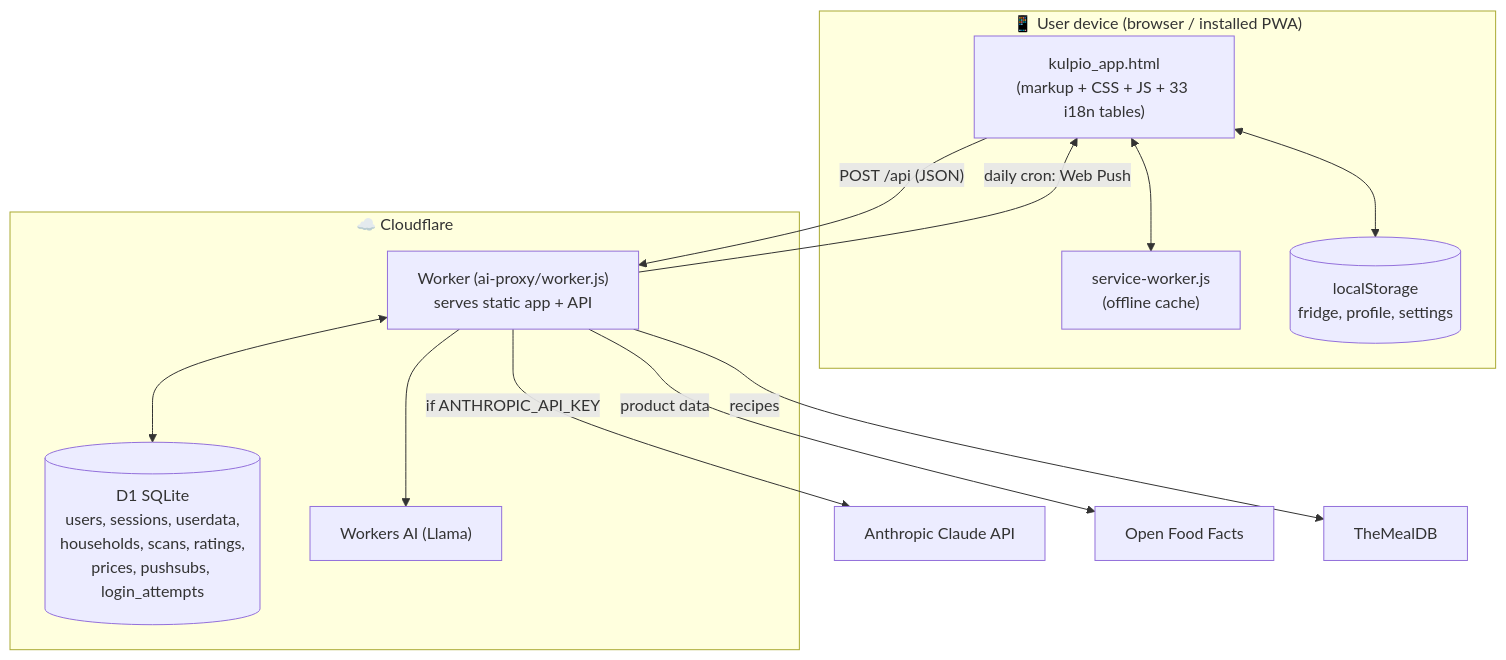
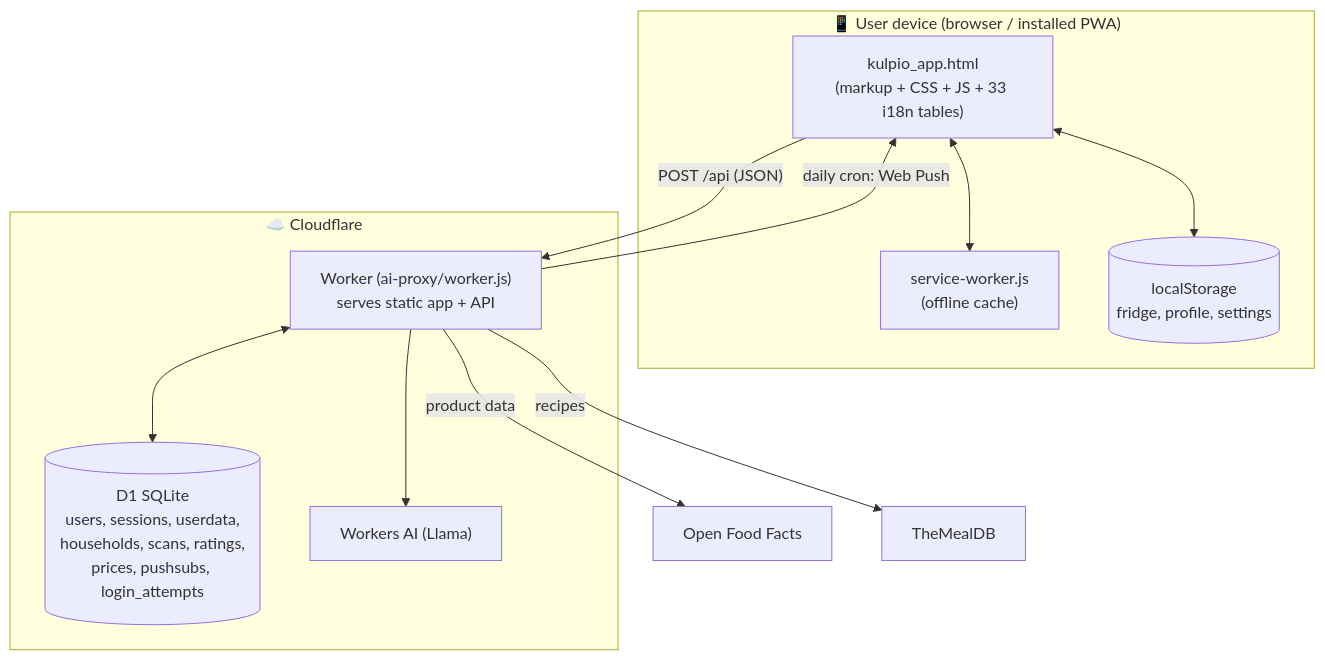
One commit to Gugster777/kulpio changed the first of 3 diagrams in docs/ARCHITECTURE.md. Above: the diagram before and after it, drawn with Mermaid.

Commit message:
3
Removed conditional check for ANTHROPIC_API_KEY in architecture diagram.

````diff
--- a/docs/ARCHITECTURE.md
+++ b/docs/ARCHITECTURE.md
@@ -8,24 +8,24 @@
 ```mermaid
 flowchart TB
   subgraph Device["📱 User device (browser / installed PWA)"]
     APP["kulpio_app.html<br/>(markup + CSS + JS + 33 i18n tables)"]
     SW["service-worker.js<br/>(offline cache)"]
     LS[("localStorage<br/>fridge, profile, settings")]
     APP <--> LS
     APP <--> SW
   end
 
   subgraph CF["☁️ Cloudflare"]
     W["Worker (ai-proxy/worker.js)<br/>serves static app + API"]
     D1[("D1 SQLite<br/>users, sessions, userdata,<br/>households, scans, ratings,<br/>prices, pushsubs, login_attempts")]
     AI["Workers AI (Llama)"]
     W <--> D1
     W --> AI
   end
 
   APP -- "POST /api (JSON)" --> W
-  W -- "if ANTHROPIC_API_KEY" --> ANTH["Anthropic Claude API"]
+
   W -- "product data" --> OFF["Open Food Facts"]
   W -- "recipes" --> MEAL["TheMealDB"]
   W -- "daily cron: Web Push" --> APP
 ```
````
